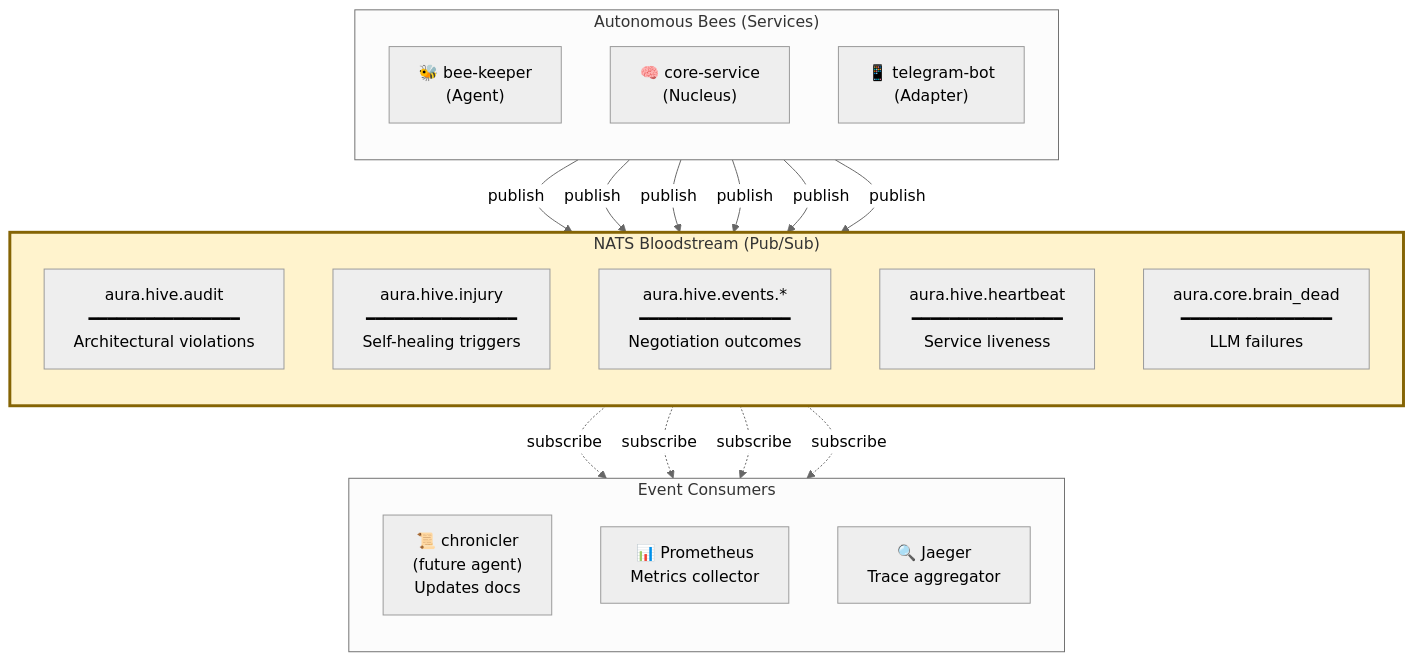
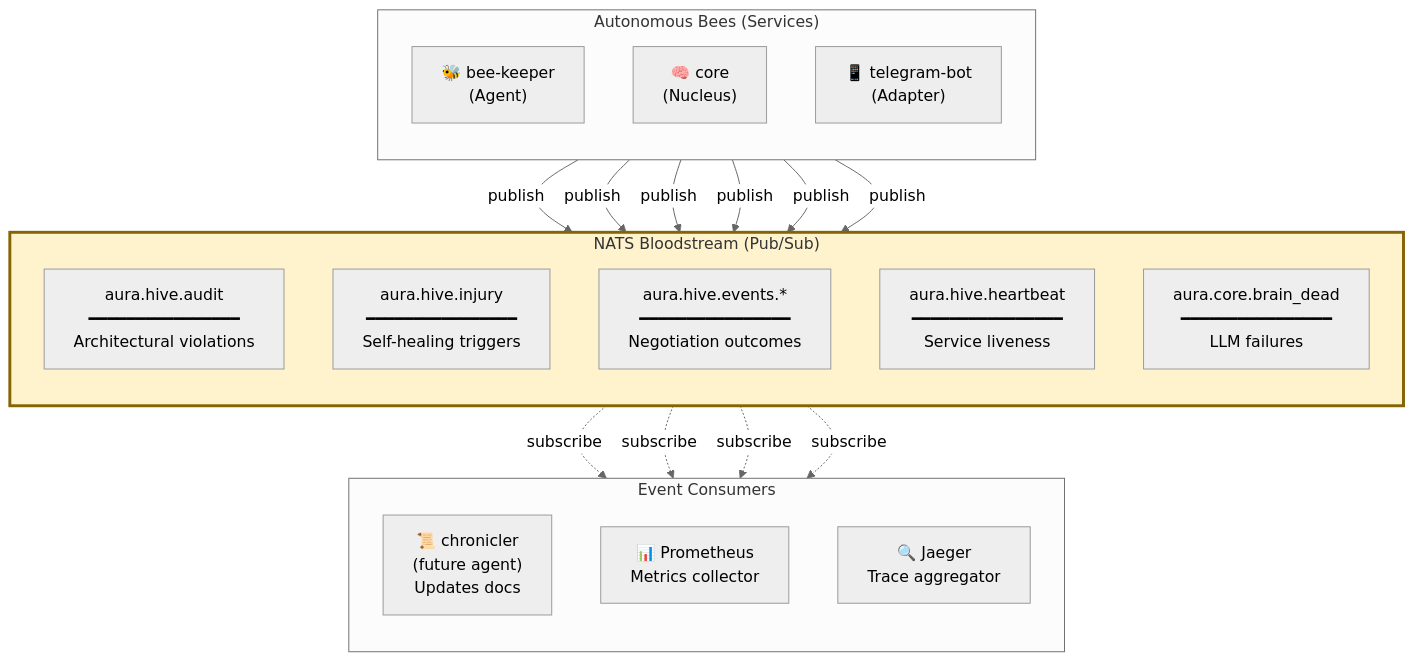
The first of 2 diagrams in docs/visual/pipelines/nats-events.md (zaebee/aura), drawn with Mermaid (neutral theme) before and after one commit. The commit also changed other lines of this file and 7 other files, not shown here.

First line of the commit message:
docs(visual): remediate Gemini review round 5 + align with core-service→core migration

````diff
--- a/docs/visual/pipelines/nats-events.md
+++ b/docs/visual/pipelines/nats-events.md
@@ -47,39 +47,39 @@
 ```mermaid
 flowchart TB
     subgraph Bees["Autonomous Bees (Services)"]
         direction TB
         BeeKeeper["🐝 bee-keeper<br/>(Agent)"]
-        CoreService["🧠 core-service<br/>(Nucleus)"]
+        CoreService["🧠 core<br/>(Nucleus)"]
         TelegramBot["📱 telegram-bot<br/>(Adapter)"]
     end
 
     subgraph Bloodstream["NATS Bloodstream (Pub/Sub)"]
         direction TB
         Audit["aura.hive.audit<br/>━━━━━━━━━━━━━━━━<br/>Architectural violations"]
         Injury["aura.hive.injury<br/>━━━━━━━━━━━━━━━━<br/>Self-healing triggers"]
         Events["aura.hive.events.*<br/>━━━━━━━━━━━━━━━━<br/>Negotiation outcomes"]
         Heartbeat["aura.hive.heartbeat<br/>━━━━━━━━━━━━━━━━<br/>Service liveness"]
         BrainDead["aura.core.brain_dead<br/>━━━━━━━━━━━━━━━━<br/>LLM failures"]
     end
 
     subgraph Subscribers["Event Consumers"]
         direction TB
         Chronicler["📜 chronicler<br/>(future agent)<br/>Updates docs"]
         Monitor["📊 Prometheus<br/>Metrics collector"]
         Jaeger["🔍 Jaeger<br/>Trace aggregator"]
     end
 
     BeeKeeper -->|publish| Audit
     BeeKeeper -->|publish| Injury
     CoreService -->|publish| Events
     CoreService -->|publish| Heartbeat
     CoreService -->|publish| BrainDead
     TelegramBot -->|publish| Events
 
     Audit -.->|subscribe| Chronicler
     Injury -.->|subscribe| Monitor
     Heartbeat -.->|subscribe| Monitor
     BrainDead -.->|subscribe| Jaeger
 
     style Bloodstream fill:#fff3cd,stroke:#856404,stroke-width:3px
 ```
````
